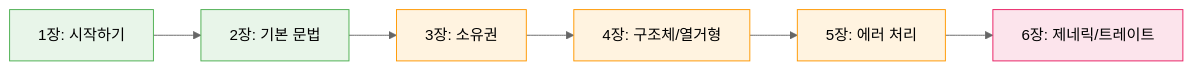
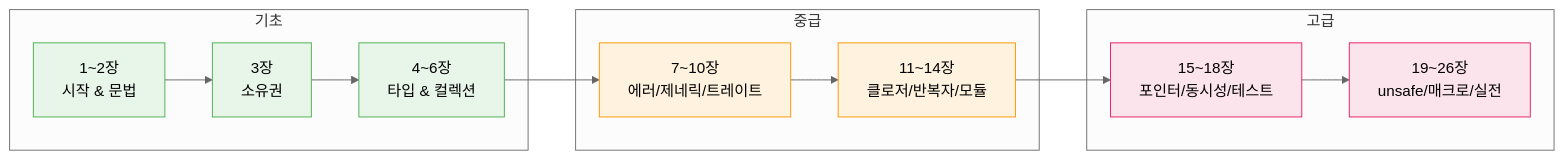
One commit to kang-byunghoon/rust-study changed the first of 2 diagrams in src/introduction.md. Above: the diagram before and after it, drawn with Mermaid (neutral theme). The commit also changed other lines of this file and 81 other files, not shown here.

````diff
--- a/src/introduction.md
+++ b/src/introduction.md
@@ -30,15 +62,23 @@
 ```mermaid
 graph LR
-    A["1장: 시작하기"] --> B["2장: 기본 문법"]
-    B --> C["3장: 소유권"]
-    C --> D["4장: 구조체/열거형"]
-    D --> E["5장: 에러 처리"]
-    E --> F["6장: 제네릭/트레이트"]
+    subgraph 기초
+        A["1~2장<br/>시작 & 문법"] --> B["3장<br/>소유권"]
+        B --> C["4~6장<br/>타입 & 컬렉션"]
+    end
+    subgraph 중급
+        C --> D["7~10장<br/>에러/제네릭/트레이트"]
+        D --> E["11~14장<br/>클로저/반복자/모듈"]
+    end
+    subgraph 고급
+        E --> F["15~18장<br/>포인터/동시성/테스트"]
+        F --> G["19~26장<br/>unsafe/매크로/실전"]
+    end
 
     style A fill:#e8f5e9,stroke:#4caf50
     style B fill:#e8f5e9,stroke:#4caf50
-    style C fill:#fff3e0,stroke:#ff9800
+    style C fill:#e8f5e9,stroke:#4caf50
     style D fill:#fff3e0,stroke:#ff9800
     style E fill:#fff3e0,stroke:#ff9800
     style F fill:#fce4ec,stroke:#e91e63
+    style G fill:#fce4ec,stroke:#e91e63
 ```
````
